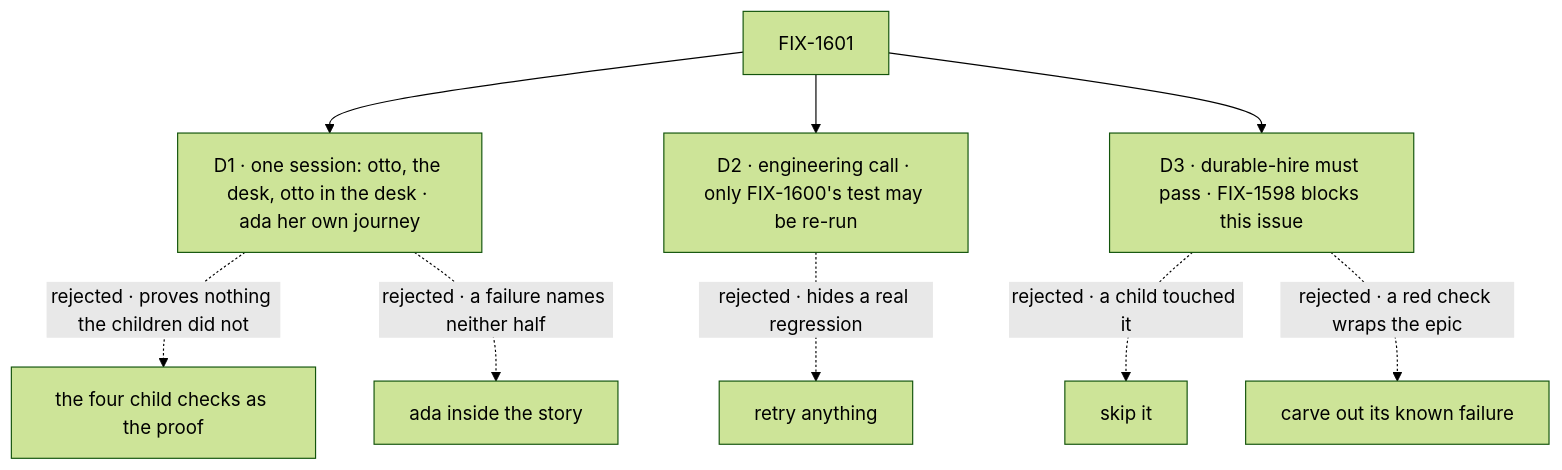
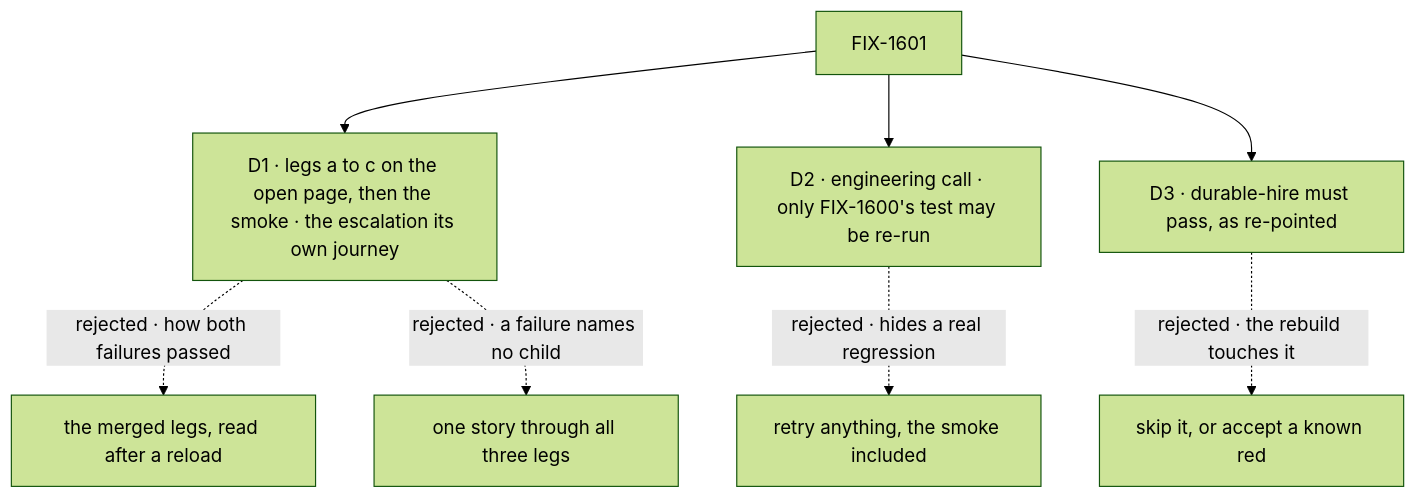
The diagram in specs/issues/FIX-1601/DECISIONS.md (fixpoint-labs/flow-state-dev), drawn with Mermaid (forest theme) before and after one commit. The commit also changed other lines of this file and 6 other files, not shown here.

````diff
--- a/specs/issues/FIX-1601/DECISIONS.md
+++ b/specs/issues/FIX-1601/DECISIONS.md
@@ -11,11 +13,10 @@
 ```mermaid
 flowchart TD
-  I["FIX-1601"] --> D1["D1 · one session: otto, the desk, otto in the desk · ada her own journey"]
-  D1 -.->|"rejected · proves nothing the children did not"| X1a["the four child checks as the proof"]
-  D1 -.->|"rejected · a failure names neither half"| X1b["ada inside the story"]
+  I["FIX-1601"] --> D1["D1 · legs a to c on the open page, then the smoke · the escalation its own journey"]
+  D1 -.->|"rejected · how both failures passed"| X1a["the merged legs, read after a reload"]
+  D1 -.->|"rejected · a failure names no child"| X1b["one story through all three legs"]
   I --> D2["D2 · engineering call · only FIX-1600's test may be re-run"]
-  D2 -.->|"rejected · hides a real regression"| X2["retry anything"]
-  I --> D3["D3 · durable-hire must pass · FIX-1598 blocks this issue"]
-  D3 -.->|"rejected · a child touched it"| X3a["skip it"]
-  D3 -.->|"rejected · a red check wraps the epic"| X3b["carve out its known failure"]
+  D2 -.->|"rejected · hides a real regression"| X2["retry anything, the smoke included"]
+  I --> D3["D3 · durable-hire must pass, as re-pointed"]
+  D3 -.->|"rejected · the rebuild touches it"| X3["skip it, or accept a known red"]
 ```
````
